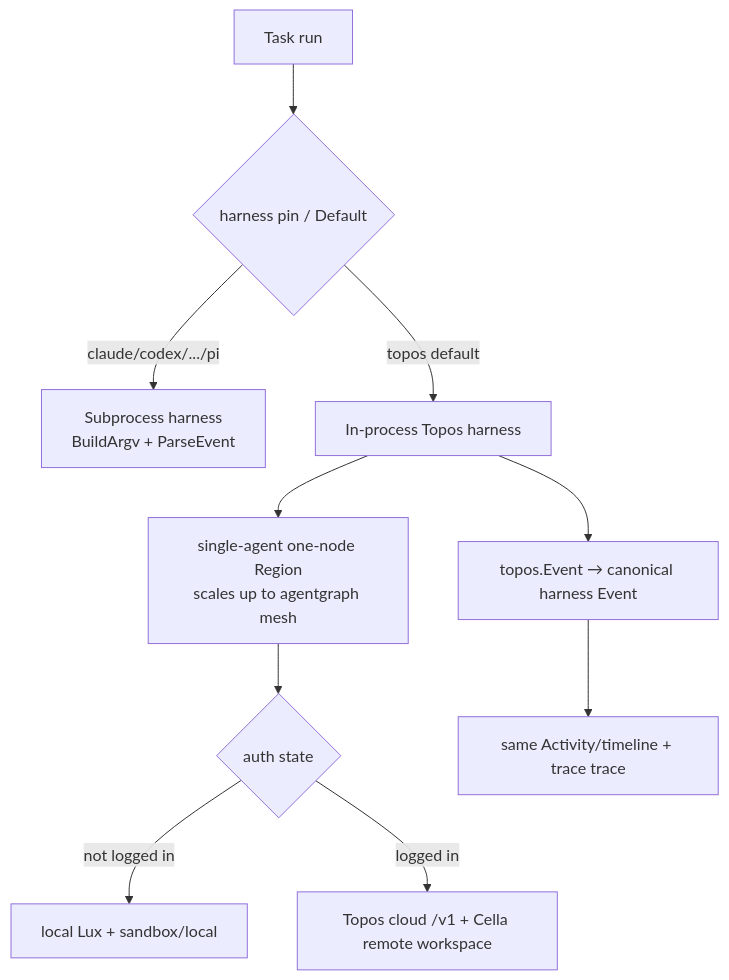
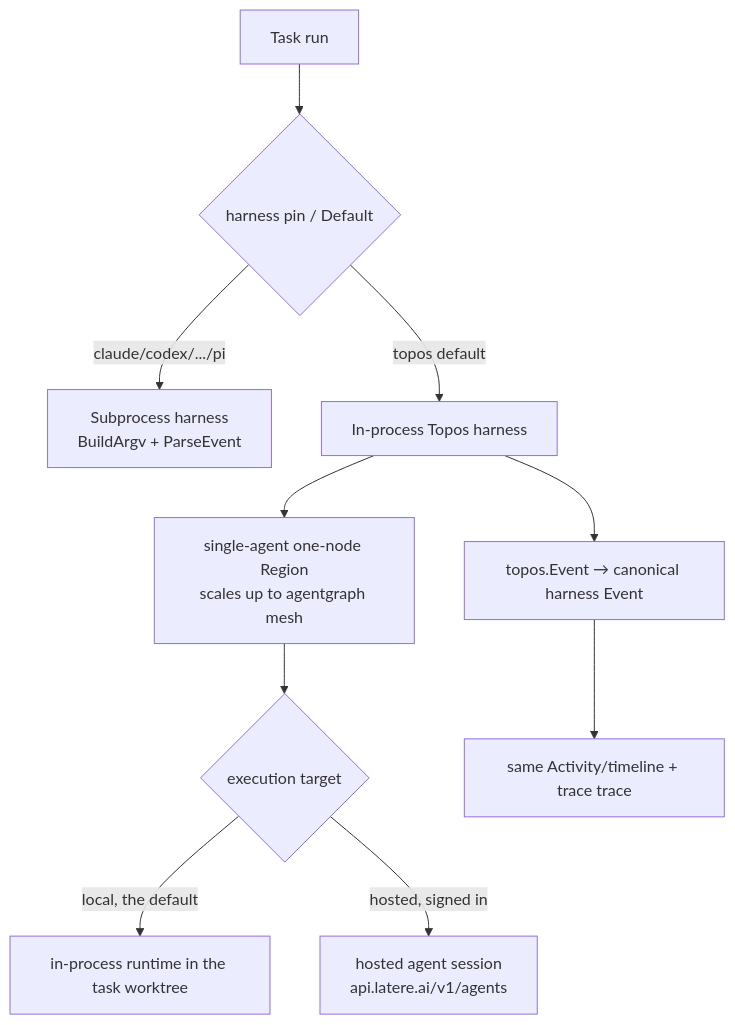
One commit to changkun/wallfacer changed the diagram in specs/shared/topos-native-harness.md. Above: the diagram before and after it, drawn with Mermaid. The commit also changed other lines of this file and 2 other files, not shown here.

Commit message:
specs: the native harness and the third-party executors describe the hosted executor as it is

````diff
--- a/specs/shared/topos-native-harness.md
+++ b/specs/shared/topos-native-harness.md
@@ -94,11 +94,11 @@
 ```mermaid
 flowchart TD
   task[Task run] --> resolve{harness pin / Default}
   resolve -->|claude/codex/.../pi| cli[Subprocess harness<br/>BuildArgv + ParseEvent]
   resolve -->|topos default| topos[In-process Topos harness]
   topos --> region[single-agent one-node Region<br/>scales up to agentgraph mesh]
-  region --> mode{auth state}
-  mode -->|not logged in| local[local Lux + sandbox/local]
-  mode -->|logged in| cloud[Topos cloud /v1 + Cella remote workspace]
+  region --> mode{execution target}
+  mode -->|local, the default| local[in-process runtime in the task worktree]
+  mode -->|hosted, signed in| cloud[hosted agent session<br/>api.latere.ai/v1/agents]
   topos --> ev[topos.Event → canonical harness Event] --> stream[same Activity/timeline + trace trace]
 ```
````
